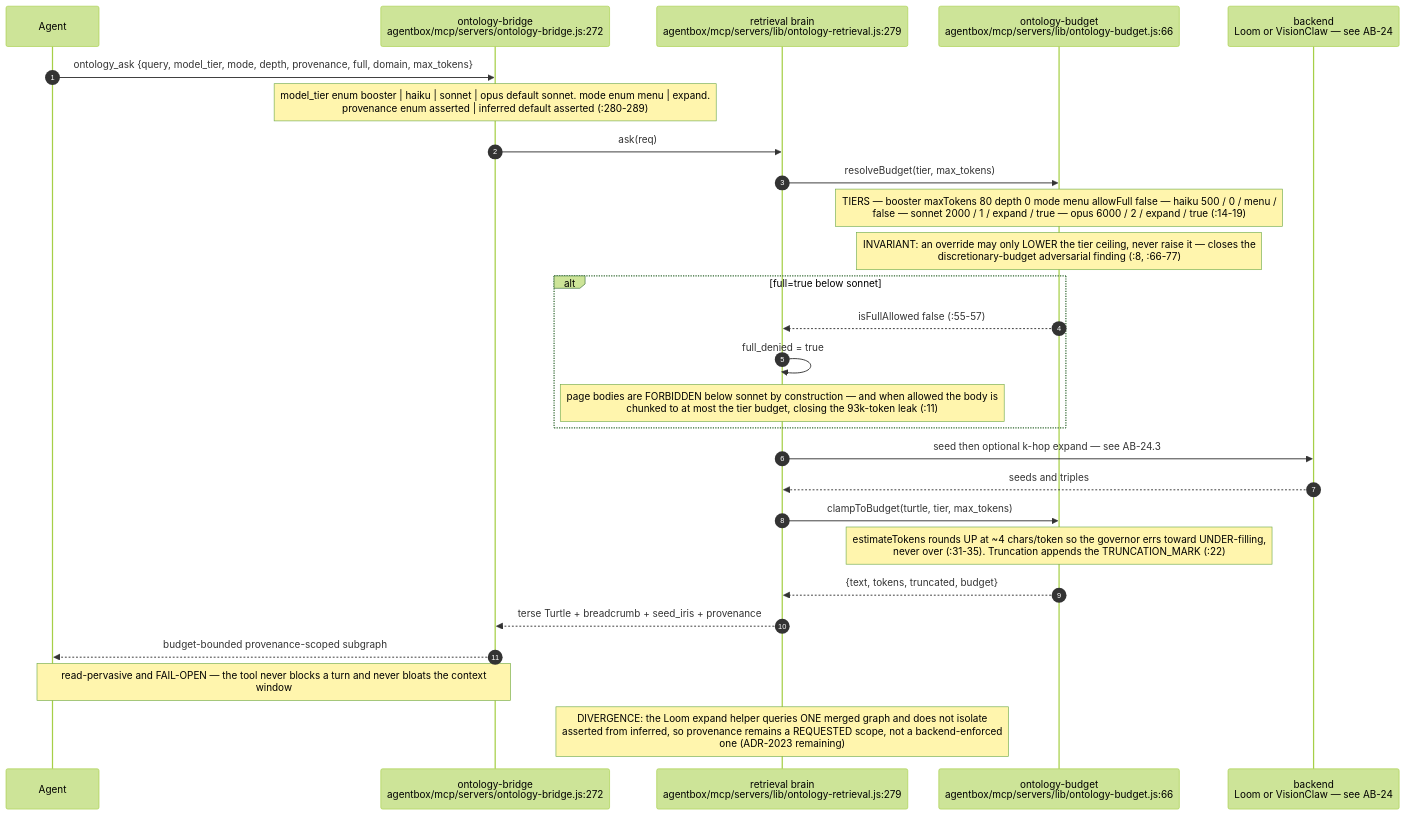
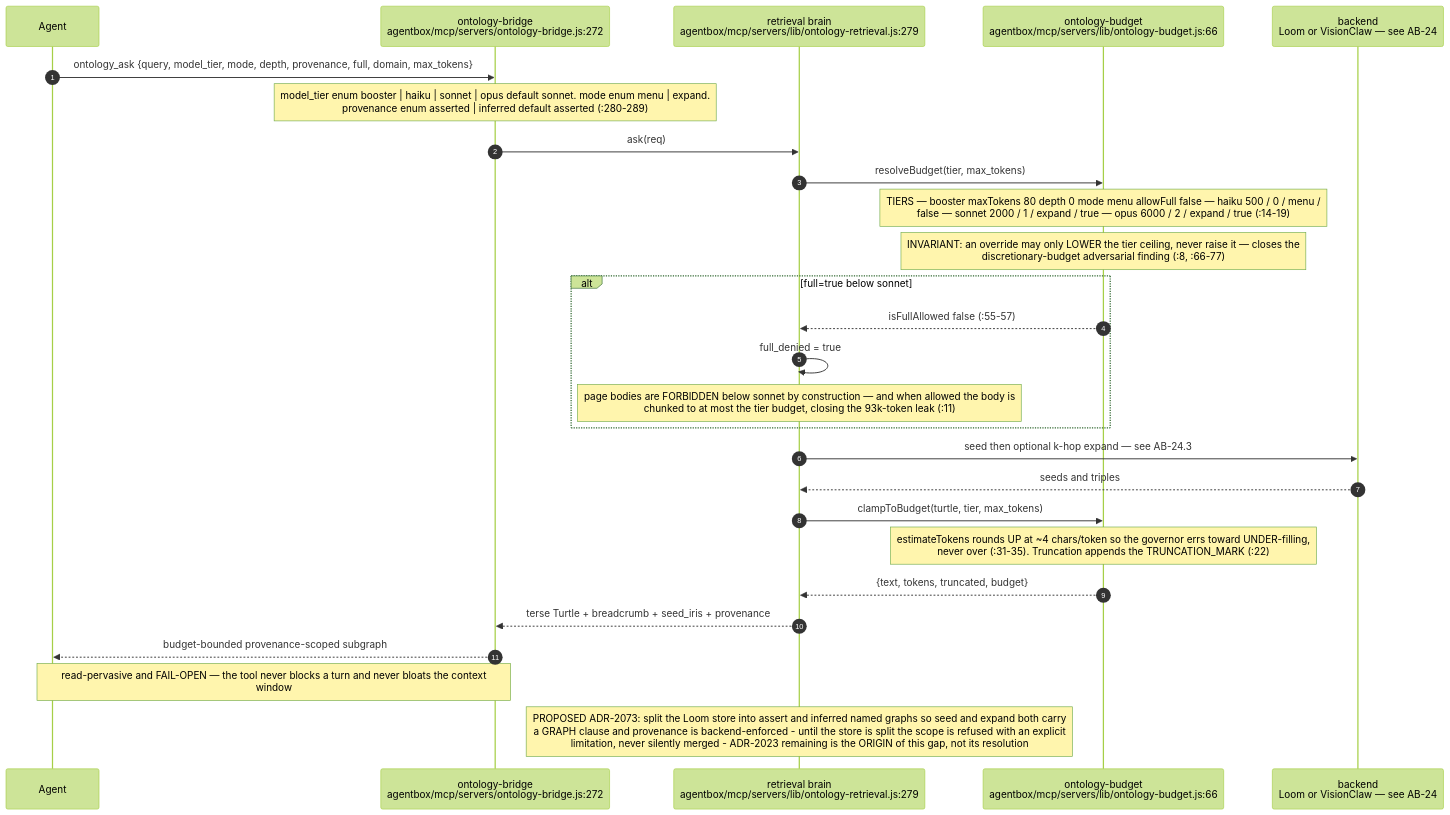
One commit to DreamLab-AI/AR-AI-Knowledge-Graph changed the second of 10 diagrams in docs/diagrams/agentbox/25-ontology-tools-and-governed-writes.md. Above: the diagram before and after it, drawn with Mermaid (forest theme). The commit also changed other lines of this file and 172 other files, not shown here.

````diff
--- a/docs/diagrams/agentbox/25-ontology-tools-and-governed-writes.md
+++ b/docs/diagrams/agentbox/25-ontology-tools-and-governed-writes.md
@@ -69,30 +72,30 @@
 ```mermaid
 sequenceDiagram
     autonumber
     participant AG as Agent
     participant BR as ontology-bridge<br/>agentbox/mcp/servers/ontology-bridge.js:272
     participant RET as retrieval brain<br/>agentbox/mcp/servers/lib/ontology-retrieval.js:279
     participant BUD as ontology-budget<br/>agentbox/mcp/servers/lib/ontology-budget.js:66
     participant BE as backend<br/>Loom or VisionClaw — see AB-24
 
     AG->>BR: ontology_ask {query, model_tier, mode, depth, provenance, full, domain, max_tokens}
     Note over BR: model_tier enum booster | haiku | sonnet | opus default sonnet. mode enum menu | expand.<br/>provenance enum asserted | inferred default asserted (:280-289)
     BR->>RET: ask(req)
     RET->>BUD: resolveBudget(tier, max_tokens)
     Note over BUD: TIERS — booster maxTokens 80 depth 0 mode menu allowFull false — haiku 500 / 0 / menu /<br/>false — sonnet 2000 / 1 / expand / true — opus 6000 / 2 / expand / true (:14-19)
     Note over BUD: INVARIANT: an override may only LOWER the tier ceiling, never raise it — closes the<br/>discretionary-budget adversarial finding (:8, :66-77)
     alt full=true below sonnet
         BUD-->>RET: isFullAllowed false (:55-57)
         RET->>RET: full_denied = true
         Note over RET: page bodies are FORBIDDEN below sonnet by construction — and when allowed the body is<br/>chunked to at most the tier budget, closing the 93k-token leak (:11)
     end
     RET->>BE: seed then optional k-hop expand — see AB-24.3
     BE-->>RET: seeds and triples
     RET->>BUD: clampToBudget(turtle, tier, max_tokens)
     Note over BUD: estimateTokens rounds UP at ~4 chars/token so the governor errs toward UNDER-filling,<br/>never over (:31-35). Truncation appends the TRUNCATION_MARK (:22)
     BUD-->>RET: {text, tokens, truncated, budget}
     RET-->>BR: terse Turtle + breadcrumb + seed_iris + provenance
     BR-->>AG: budget-bounded provenance-scoped subgraph
     Note over AG,BR: read-pervasive and FAIL-OPEN — the tool never blocks a turn and never bloats the context<br/>window
-    Note over RET: DIVERGENCE: the Loom expand helper queries ONE merged graph and does not isolate<br/>asserted from inferred, so provenance remains a REQUESTED scope, not a backend-enforced<br/>one (ADR-2023 remaining)
+    Note over RET: PROPOSED ADR-2073: split the Loom store into assert and inferred named graphs so seed and expand both carry<br/>a GRAPH clause and provenance is backend-enforced - until the store is split the scope is refused with an explicit<br/>limitation, never silently merged - ADR-2023 remaining is the ORIGIN of this gap, not its resolution
 ```
````
